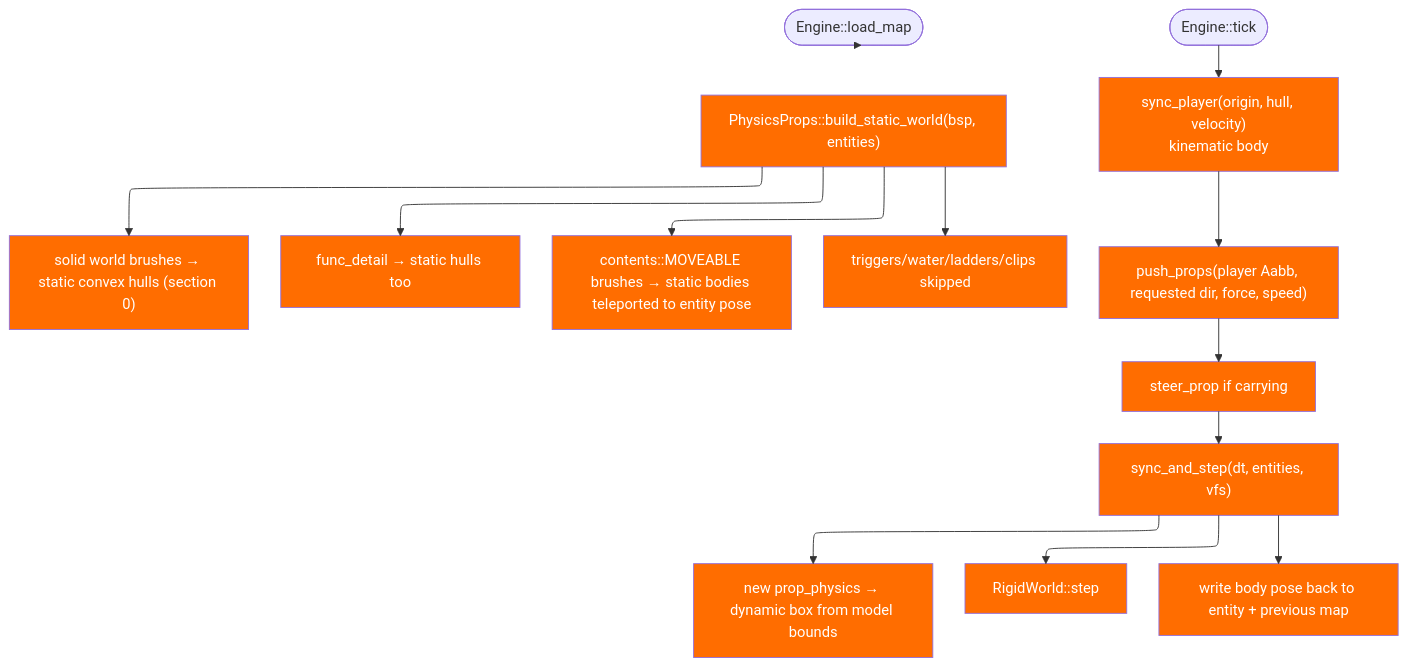
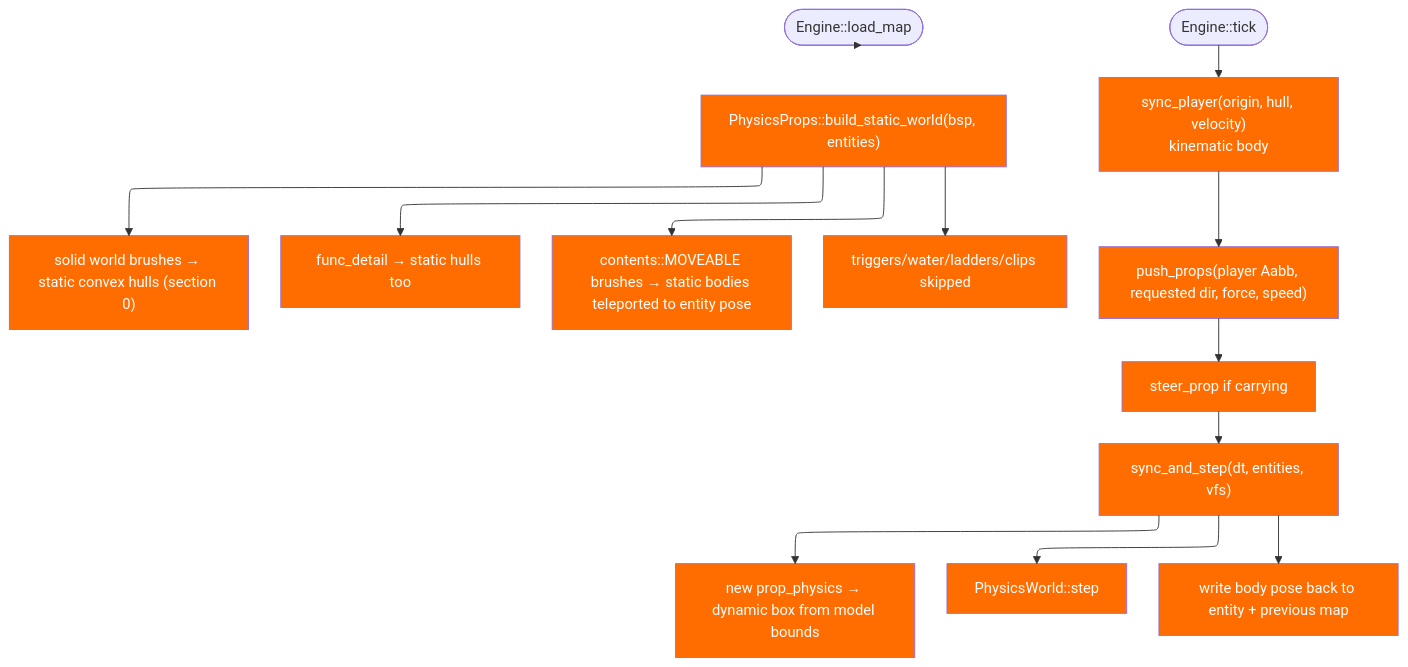
One commit to T342guy/Kerosene changed the second of 2 diagrams in src/devnotes/physics.md. Above: the diagram before and after it, drawn with Mermaid. The commit also changed other lines of this file and 37 other files, not shown here.

````diff
--- a/src/devnotes/physics.md
+++ b/src/devnotes/physics.md
@@ -133,22 +133,22 @@
 ```mermaid
 ---
 config:
   layout: elk
 ---
 flowchart TB
     load(["Engine::load_map"]) --> build["PhysicsProps::build_static_world(bsp, entities)"]
     build --> world["solid world brushes → static convex hulls (section 0)"]
     build --> detail["func_detail → static hulls too"]
     build --> move["contents::MOVEABLE brushes → static bodies teleported to entity pose"]
     build --> skip["triggers/water/ladders/clips skipped"]
     tick(["Engine::tick"]) --> newsync["sync_player(origin, hull, velocity)<br/>kinematic body"]
     newsync --> push["push_props(player Aabb, requested dir, force, speed)"]
     push --> held["steer_prop if carrying"]
     held --> step["sync_and_step(dt, entities, vfs)"]
     step --> newprop["new prop_physics → dynamic box from model bounds"]
-    step --> simulate["RigidWorld::step"]
+    step --> simulate["PhysicsWorld::step"]
     step --> writeback["write body pose back to entity + previous map"]
 
     classDef proc fill:#FF6D00,color:#fff
     class build,world,detail,move,skip,newsync,push,held,step,newprop,simulate,writeback proc
 ```
````
